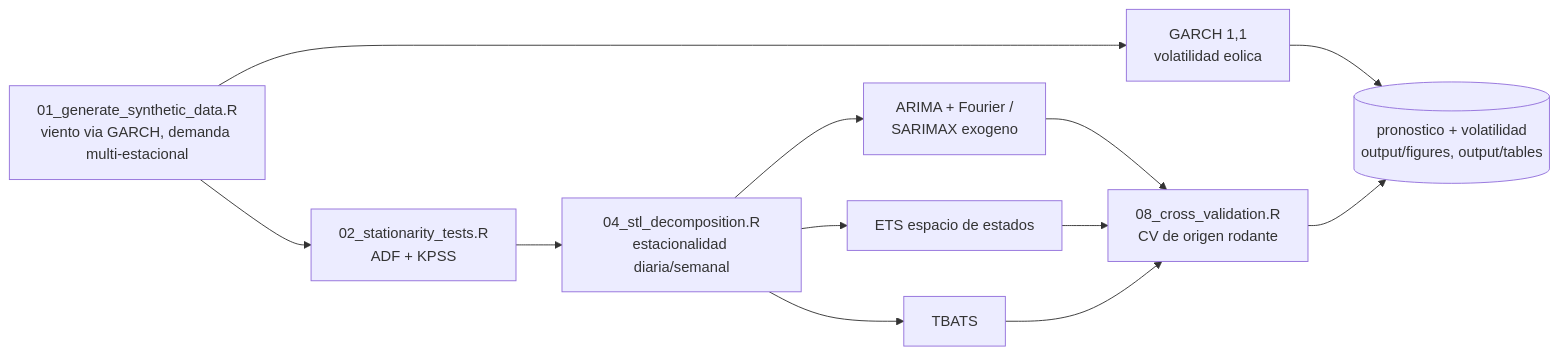
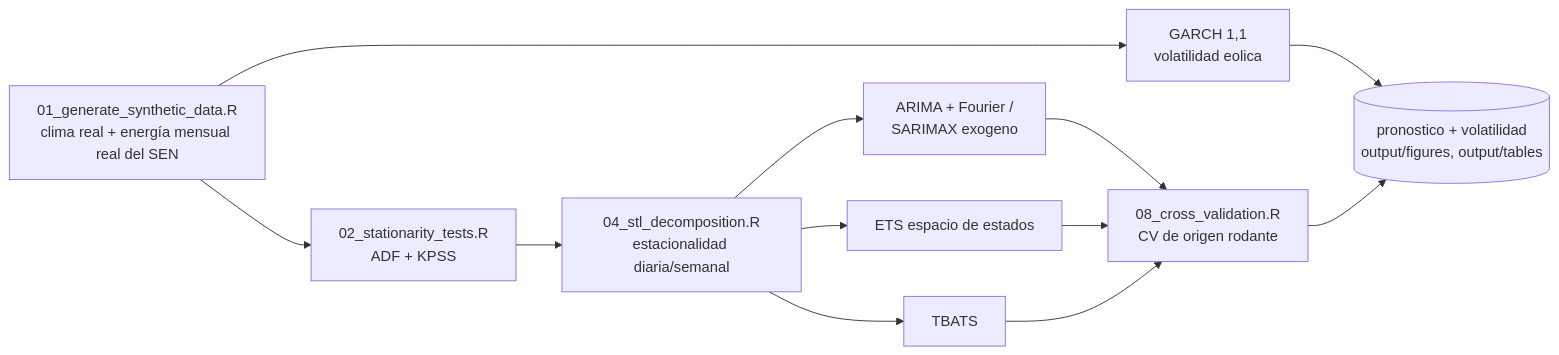
The diagram in README.es.md (Rxyxs/chile-energy-grid-forecasting-r), drawn with Mermaid before and after one commit. The commit also changed other lines of this file and 21 other files, not shown here.

First line of the commit message:
Anchor the R SEN series to real weather and real monthly SEN energy

````diff
--- a/README.es.md
+++ b/README.es.md
@@ -46,14 +46,14 @@
 ```mermaid
 flowchart LR
-    A[01_generate_synthetic_data.R<br/>viento via GARCH, demanda multi-estacional] --> B[02_stationarity_tests.R<br/>ADF + KPSS]
+    A[01_generate_synthetic_data.R<br/>clima real + energía mensual real del SEN] --> B[02_stationarity_tests.R<br/>ADF + KPSS]
     B --> C[04_stl_decomposition.R<br/>estacionalidad diaria/semanal]
     C --> D1[ARIMA + Fourier /<br/>SARIMAX exogeno]
     C --> D2[ETS espacio de estados]
     C --> D3[TBATS]
     A --> E[GARCH 1,1<br/>volatilidad eolica]
     D1 --> F[08_cross_validation.R<br/>CV de origen rodante]
     D2 --> F
     D3 --> F
     E --> G[(pronostico + volatilidad<br/>output/figures, output/tables)]
     F --> G
 ```
````
